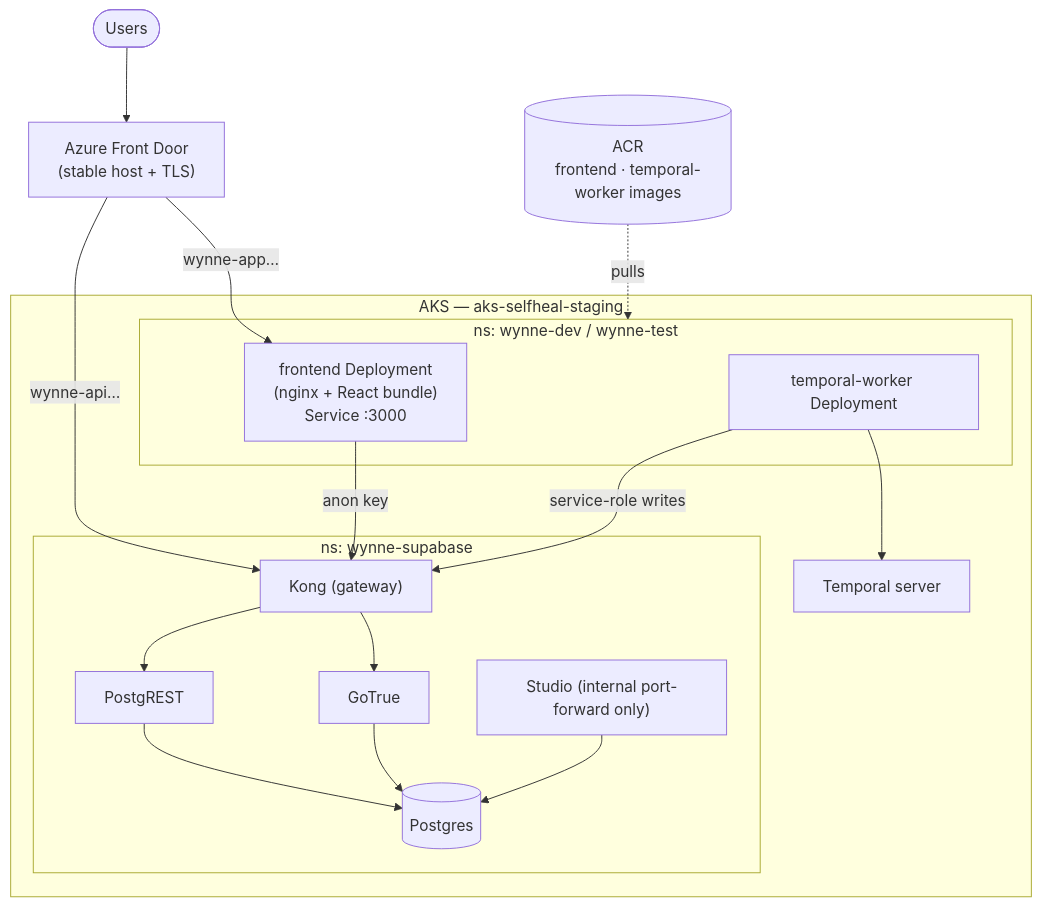
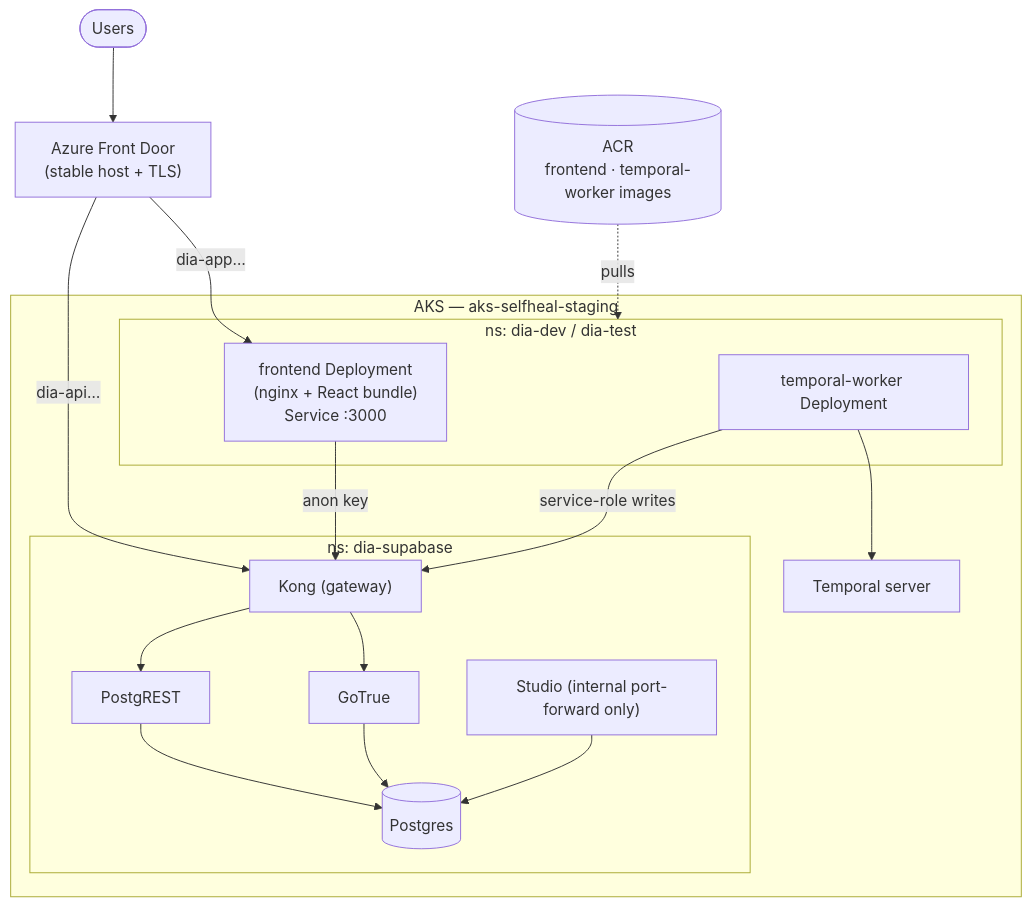
The second of 4 diagrams in docs/architecture/deployment.md (rodrigoreisdealernet/dealernet-agents), drawn with Mermaid before and after one commit. The commit also changed other lines of this file and 363 other files, not shown here.

First line of the commit message:
rebrand: Wynne -> DIA (Dealernet Intelligence Agents); drop lvl-3/level-3-v2

````diff
--- a/docs/architecture/deployment.md
+++ b/docs/architecture/deployment.md
@@ -39,30 +39,30 @@
 ```mermaid
 flowchart TB
     users(["Users"]) --> afd["Azure Front Door<br/>(stable host + TLS)"]
 
     subgraph aks["AKS — aks-selfheal-staging"]
-        subgraph app["ns: wynne-dev / wynne-test"]
+        subgraph app["ns: dia-dev / dia-test"]
             fe["frontend Deployment<br/>(nginx + React bundle)<br/>Service :3000"]
             wk["temporal-worker Deployment"]
         end
-        subgraph sb["ns: wynne-supabase"]
+        subgraph sb["ns: dia-supabase"]
             kong["Kong (gateway)"]
             rest["PostgREST"]
             gotrue["GoTrue"]
             studio["Studio (internal port-forward only)"]
             pg[("Postgres")]
             kong --> rest --> pg
             kong --> gotrue --> pg
             studio --> pg
         end
         tsrv["Temporal server"]
         wk --> tsrv
     end
 
-    afd -->|wynne-app…| fe
-    afd -->|wynne-api…| kong
+    afd -->|dia-app…| fe
+    afd -->|dia-api…| kong
     fe -->|anon key| kong
     wk -->|service-role writes| kong
 
     acr[("ACR<br/>frontend · temporal-worker images")] -.pulls.-> app
 ```
````
